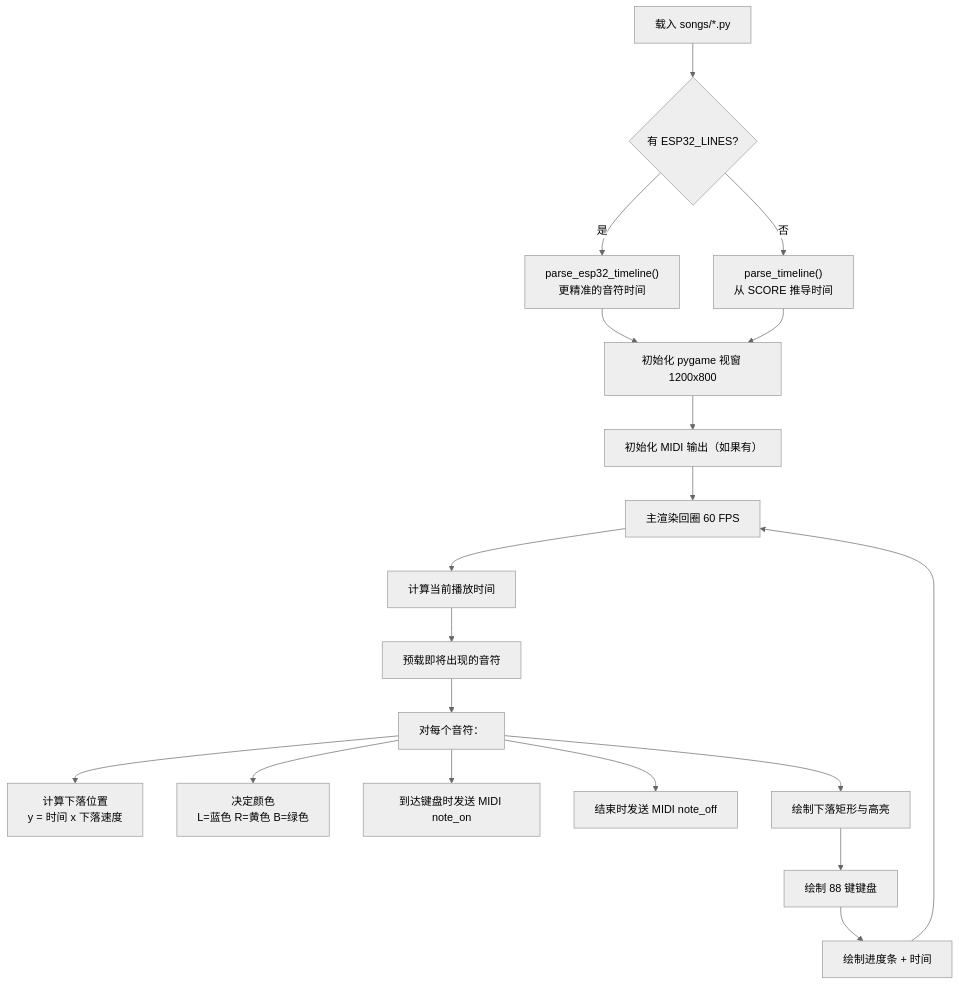
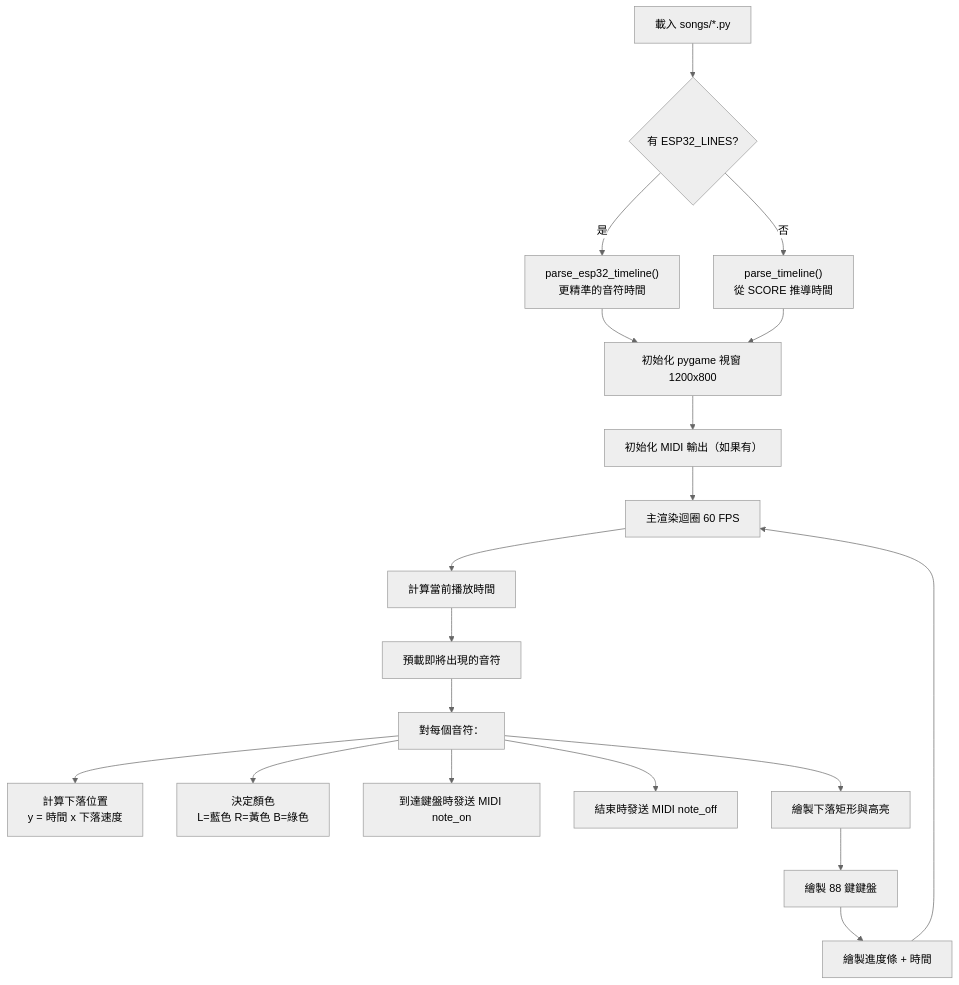
One commit to wjmmmwjj/auto_piano changed the tenth of 14 diagrams in README.md. Above: the diagram before and after it, drawn with Mermaid (neutral theme). The commit also changed other lines of this file, not shown here.

Commit message:
README: 改為繁體中文版本，含安裝教學與完整流程圖

````diff
--- a/README.md
+++ b/README.md
@@ -737,21 +737,21 @@
 ```mermaid
 flowchart TD
-    A["载入 songs/*.py"] --> B{"有 ESP32_LINES?"}
-    B -->|"是"| C["parse_esp32_timeline()\n更精准的音符时间"]
-    B -->|"否"| D["parse_timeline()\n从 SCORE 推导时间"]
-    C --> E["初始化 pygame 视窗 1200x800"]
+    A["載入 songs/*.py"] --> B{"有 ESP32_LINES?"}
+    B -->|"是"| C["parse_esp32_timeline()\n更精準的音符時間"]
+    B -->|"否"| D["parse_timeline()\n從 SCORE 推導時間"]
+    C --> E["初始化 pygame 視窗 1200x800"]
     D --> E
-    E --> F["初始化 MIDI 输出（如果有）"]
-    F --> G["主渲染回圈 60 FPS"]
-    G --> H["计算当前播放时间"]
-    H --> I["预载即将出现的音符"]
-    I --> J["对每个音符："]
-    J --> J1["计算下落位置\ny = 时间 x 下落速度"]
-    J --> J2["决定颜色\nL=蓝色 R=黄色 B=绿色"]
-    J --> J3["到达键盘时发送 MIDI note_on"]
-    J --> J4["结束时发送 MIDI note_off"]
-    J --> J5["绘制下落矩形与高亮"]
-    J5 --> K["绘制 88 键键盘"]
-    K --> L["绘制进度条 + 时间"]
+    E --> F["初始化 MIDI 輸出（如果有）"]
+    F --> G["主渲染迴圈 60 FPS"]
+    G --> H["計算當前播放時間"]
+    H --> I["預載即將出現的音符"]
+    I --> J["對每個音符："]
+    J --> J1["計算下落位置\ny = 時間 x 下落速度"]
+    J --> J2["決定顏色\nL=藍色 R=黃色 B=綠色"]
+    J --> J3["到達鍵盤時發送 MIDI note_on"]
+    J --> J4["結束時發送 MIDI note_off"]
+    J --> J5["繪製下落矩形與高亮"]
+    J5 --> K["繪製 88 鍵鍵盤"]
+    K --> L["繪製進度條 + 時間"]
     L --> G
 ```
````
